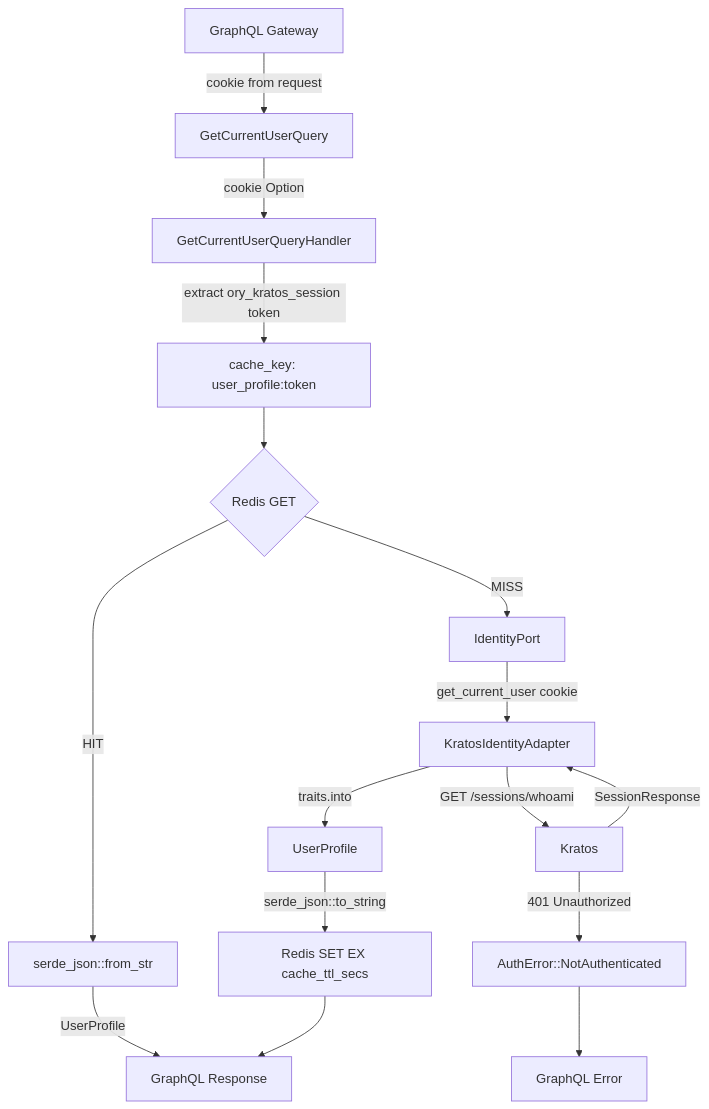
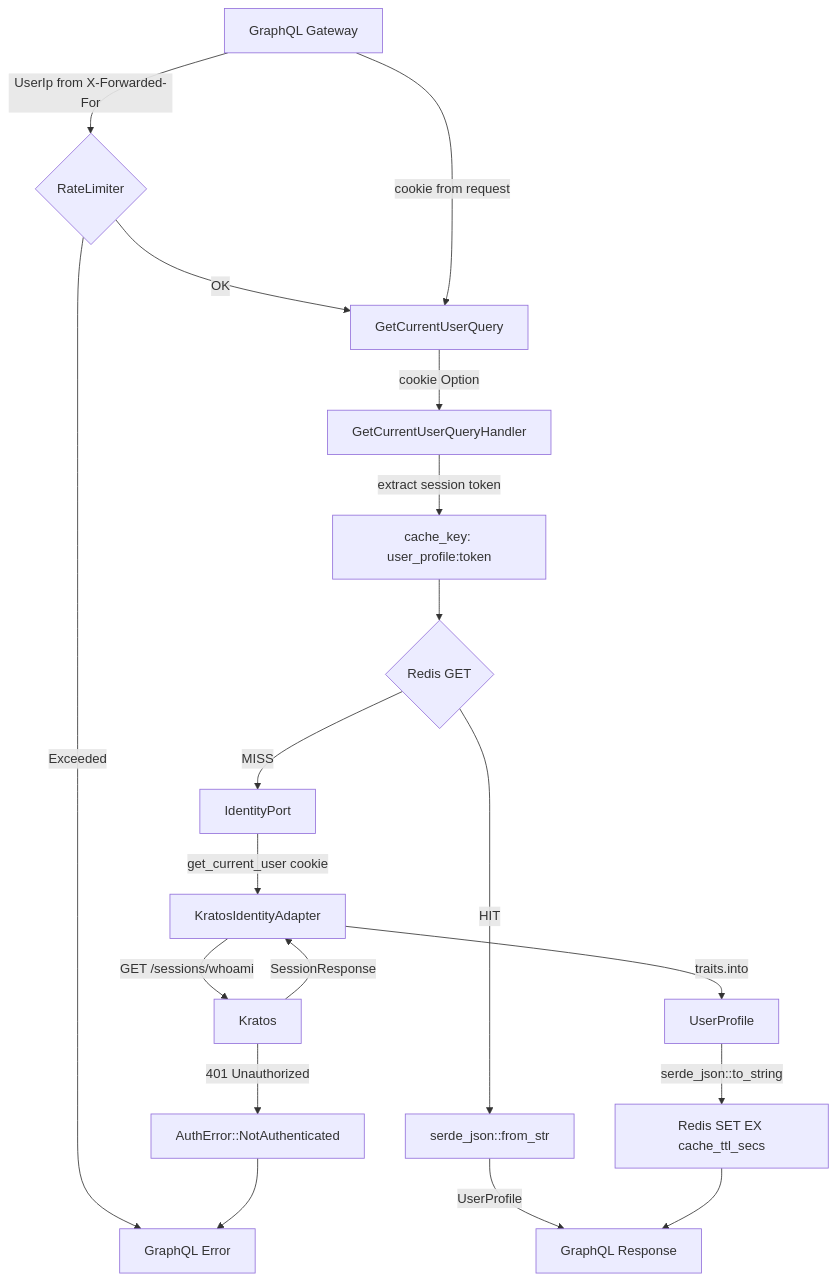
The second of 3 diagrams in README.md (justventure/engineer-challenge), drawn with Mermaid before and after one commit. The commit also changed other lines of this file and 2 other files, not shown here.

````diff
--- a/README.md
+++ b/README.md
@@ -77,19 +93,26 @@
 ```mermaid
 flowchart TD
     GQL[GraphQL Gateway]
+    GQL -->|UserIp from X-Forwarded-For| RateLimit{RateLimiter}
+    RateLimit -->|Exceeded| GQLError[GraphQL Error]
+    RateLimit -->|OK| GetCurrentUserQuery
     GQL -->|cookie from request| GetCurrentUserQuery
+
     GetCurrentUserQuery -->|cookie Option| GetCurrentUserQueryHandler
-    GetCurrentUserQueryHandler -->|extract ory_kratos_session token| CacheKey[cache_key: user_profile:token]
+    GetCurrentUserQueryHandler -->|extract session token| CacheKey[cache_key: user_profile:token]
+
     CacheKey --> RedisLookup{Redis GET}
     RedisLookup -->|HIT| Deserialize[serde_json::from_str]
     Deserialize -->|UserProfile| GQLResponse[GraphQL Response]
+
     RedisLookup -->|MISS| IdentityPort
     IdentityPort -->|get_current_user cookie| KratosIdentityAdapter
     KratosIdentityAdapter -->|GET /sessions/whoami| Kratos
     Kratos -->|401 Unauthorized| AuthError[AuthError::NotAuthenticated]
-    AuthError --> GQLError[GraphQL Error]
+    AuthError --> GQLError
+
     Kratos -->|SessionResponse| KratosIdentityAdapter
     KratosIdentityAdapter -->|traits.into| UserProfile
     UserProfile -->|serde_json::to_string| RedisSet[Redis SET EX cache_ttl_secs]
     RedisSet --> GQLResponse
 ```
````
